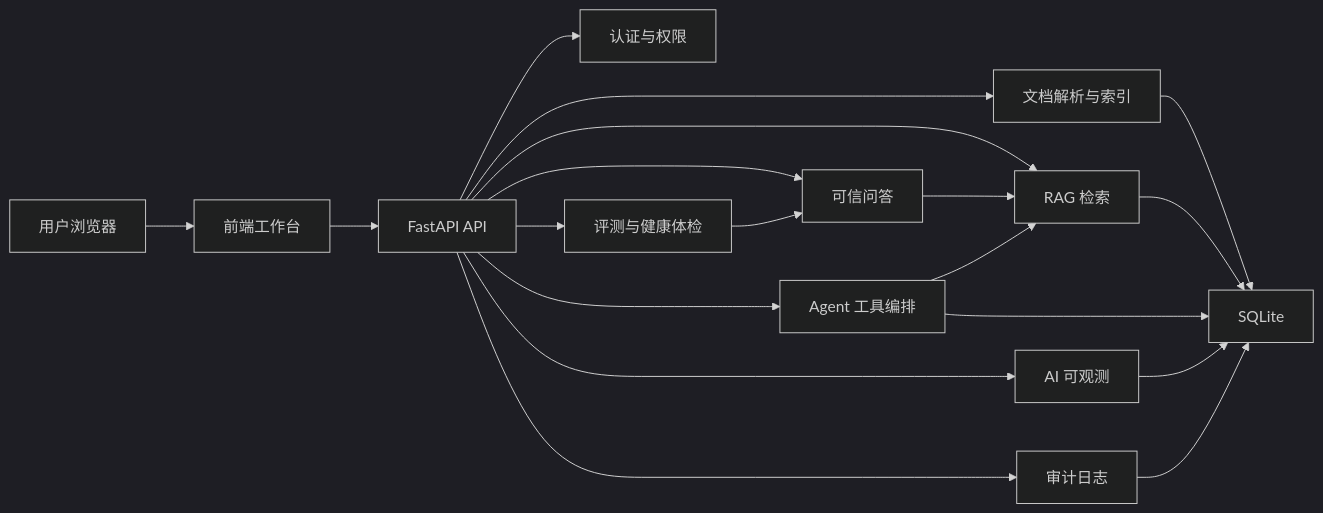
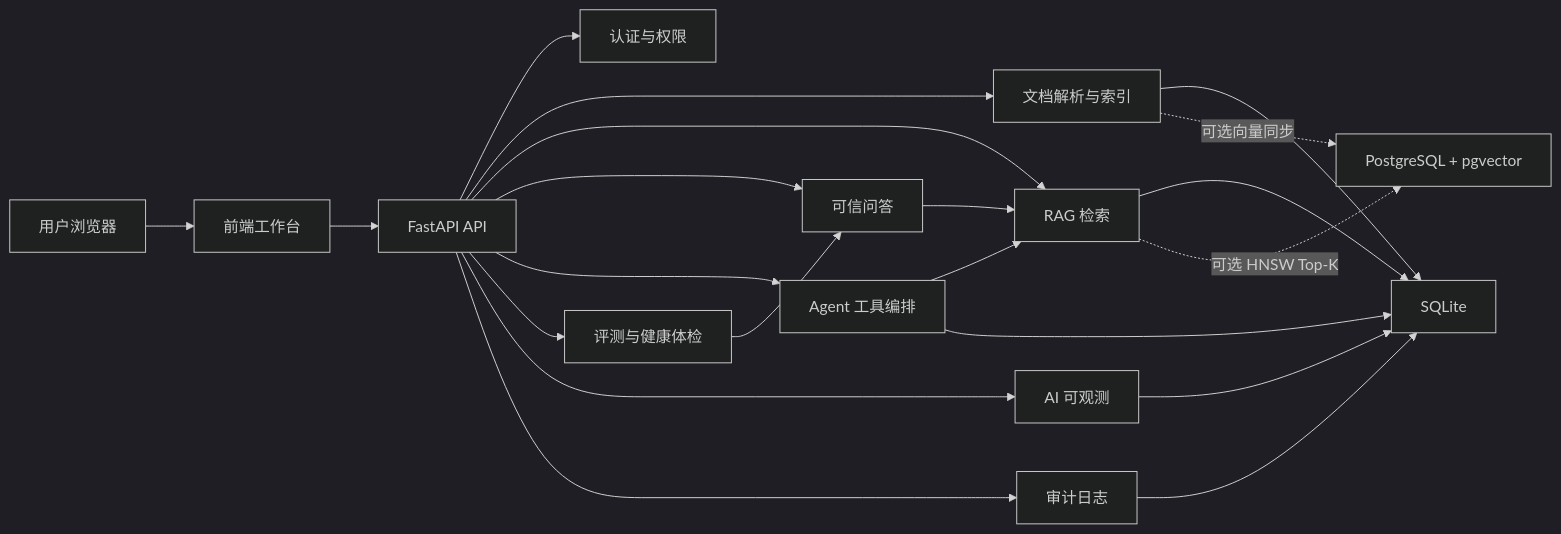
Before and after one commit to 54sbkyc/enterprise-rag-ai-agent-platform: the diagram in README.md, drawn with Mermaid (dark theme). The commit also changed other lines of this file and 25 other files, not shown here.

````diff
--- a/README.md
+++ b/README.md
@@ -85,21 +87,23 @@
 ```mermaid
 flowchart LR
     U["用户浏览器"] --> F["前端工作台"]
     F --> API["FastAPI API"]
     API --> Auth["认证与权限"]
     API --> Docs["文档解析与索引"]
     API --> Search["RAG 检索"]
     API --> QA["可信问答"]
     API --> Agent["Agent 工具编排"]
     API --> Eval["评测与健康体检"]
     API --> Obs["AI 可观测"]
     API --> Audit["审计日志"]
     Docs --> DB["SQLite"]
     Search --> DB
+    Docs -. "可选向量同步" .-> PG["PostgreSQL + pgvector"]
+    Search -. "可选 HNSW Top-K" .-> PG
     QA --> Search
     Agent --> Search
     Agent --> DB
     Eval --> QA
     Obs --> DB
     Audit --> DB
 ```
````
